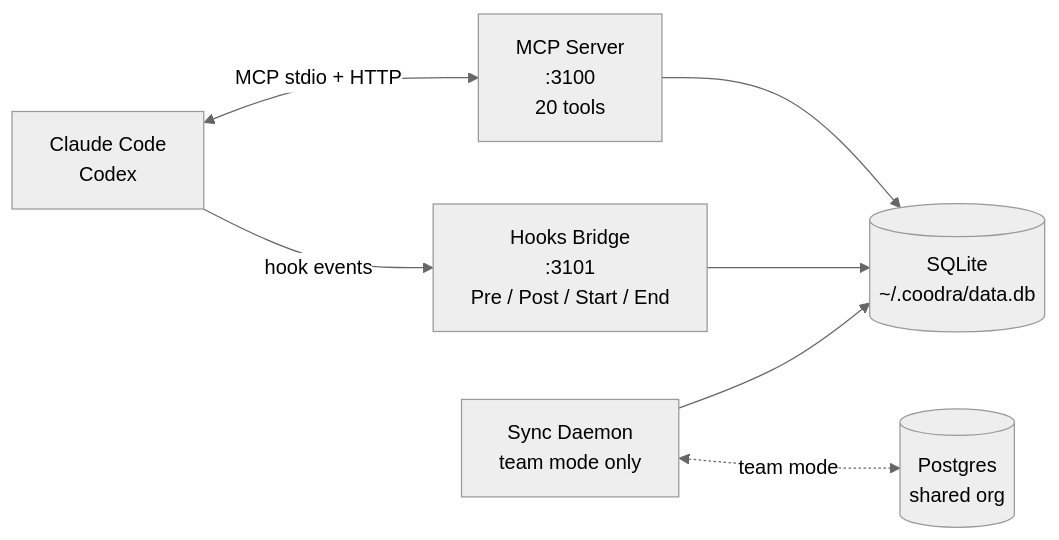
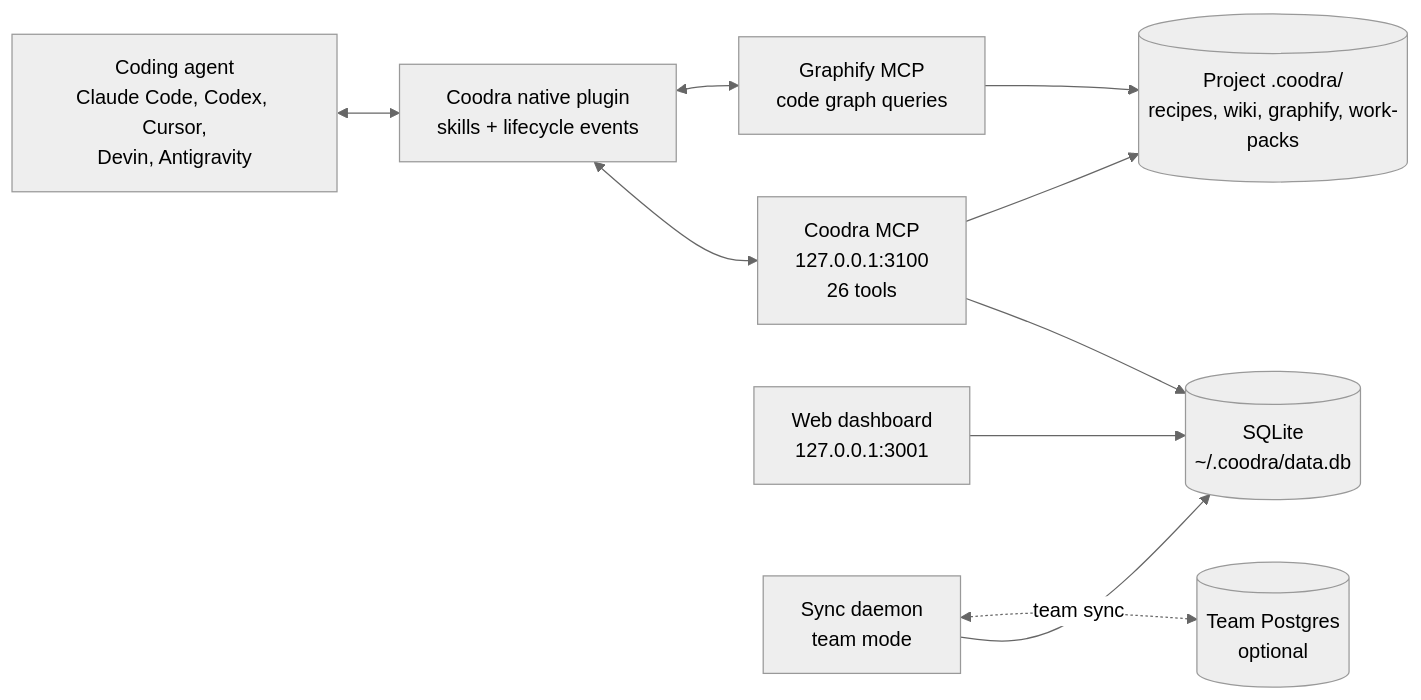
One commit to matrix-maven/Coodra changed the first of 2 diagrams in README.md. Above: the diagram before and after it, drawn with Mermaid (neutral theme). The commit also changed other lines of this file and 5 other files, not shown here.

````diff
--- a/README.md
+++ b/README.md
@@ -62,16 +70,22 @@
 ```mermaid
 flowchart LR
-  A["Claude Code<br/>Codex"]
-  B["MCP Server<br/>:3100<br/>20 tools"]
-  H["Hooks Bridge<br/>:3101<br/>Pre / Post / Start / End"]
-  S["Sync Daemon<br/>team mode only"]
-  D[("SQLite<br/>~/.coodra/data.db")]
-  P[("Postgres<br/>shared org")]
+  Agent["Coding agent<br/>Claude Code, Codex, Cursor,<br/>Devin, Antigravity"]
+  Plugin["Coodra native plugin<br/>skills + lifecycle events"]
+  MCP["Coodra MCP<br/>127.0.0.1:3100<br/>26 tools"]
+  Graphify["Graphify MCP<br/>code graph queries"]
+  Web["Web dashboard<br/>127.0.0.1:3001"]
+  Sync["Sync daemon<br/>team mode"]
+  Local[("SQLite<br/>~/.coodra/data.db")]
+  Team[("Team Postgres<br/>optional")]
+  Repo[("Project .coodra/<br/>recipes, wiki, graphify, work-packs")]
 
-  A <-->|MCP stdio + HTTP| B
-  A -->|hook events| H
-  B --> D
-  H --> D
-  S --> D
-  S <-.team mode.-> P
+  Agent <--> Plugin
+  Plugin <--> MCP
+  Plugin <--> Graphify
+  MCP --> Local
+  MCP --> Repo
+  Graphify --> Repo
+  Web --> Local
+  Sync --> Local
+  Sync <-.team sync.-> Team
 ```
````
